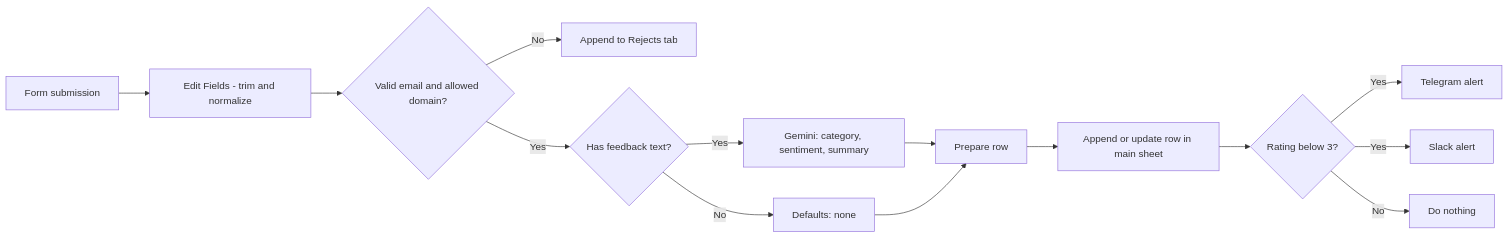
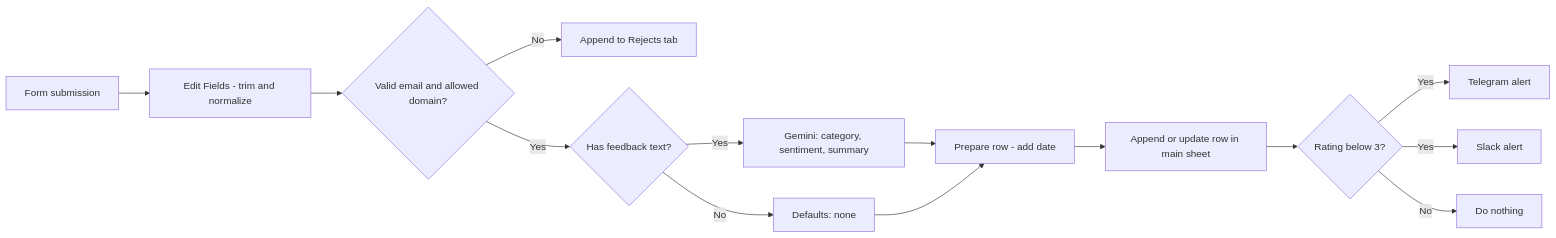
The first of 2 diagrams in README.md (Sofiqulxislam/feedback-intake-automation), drawn with Mermaid before and after one commit. The commit also changed other lines of this file, not shown here.

````diff
--- a/README.md
+++ b/README.md
@@ -20,16 +23,16 @@
 ```mermaid
 flowchart LR
     A["Form submission"] --> B["Edit Fields - trim and normalize"]
     B --> C{"Valid email and allowed domain?"}
     C -- No --> I["Append to Rejects tab"]
     C -- Yes --> J{"Has feedback text?"}
     J -- Yes --> K["Gemini: category, sentiment, summary"]
     J -- No --> L["Defaults: none"]
-    K --> M["Prepare row"]
+    K --> M["Prepare row - add date"]
     L --> M
     M --> D["Append or update row in main sheet"]
     D --> E{"Rating below 3?"}
     E -- Yes --> F["Telegram alert"]
     E -- Yes --> G["Slack alert"]
     E -- No --> H["Do nothing"]
 ```
````
